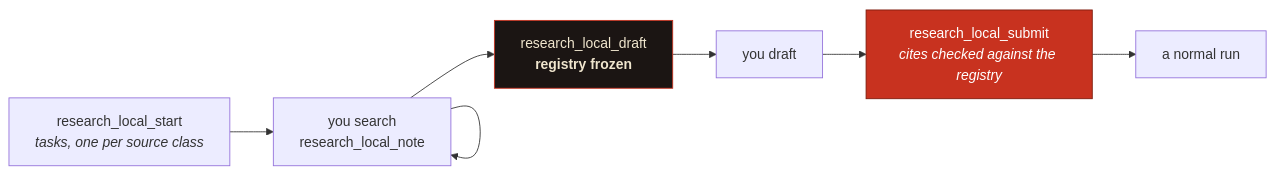
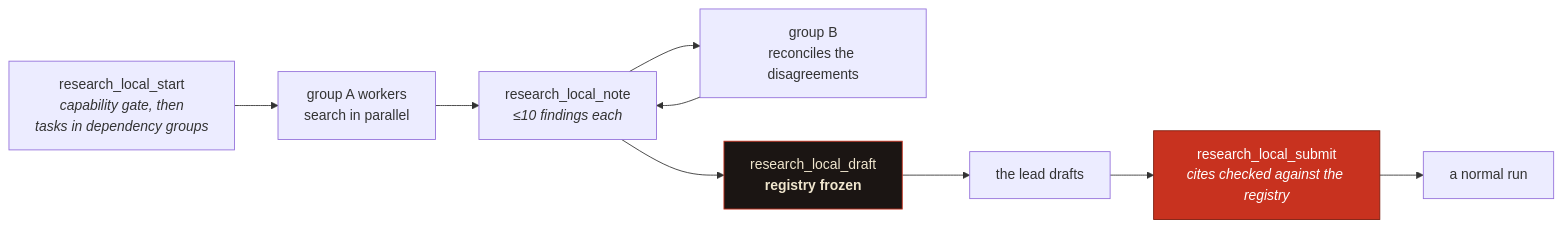
Before and after one commit to fledgeling-co/dossier-research-mcp: the second of 2 diagrams in docs/tools.md, drawn with Mermaid. The commit also changed other lines of this file and 27 other files, not shown here.

````diff
--- a/docs/tools.md
+++ b/docs/tools.md
@@ -279,12 +279,14 @@
 ```mermaid
 flowchart LR
-    S["research_local_start<br/><i>tasks, one per source class</i>"] --> N["you search<br/>research_local_note"]
-    N --> N
+    S["research_local_start<br/><i>capability gate, then<br/>tasks in dependency groups</i>"] --> A["group A workers<br/>search in parallel"]
+    A --> N["research_local_note<br/><i>≤10 findings each</i>"]
+    N --> B["group B<br/>reconciles the disagreements"]
+    B --> N
     N --> D["research_local_draft<br/><b>registry frozen</b>"]
-    D --> W["you draft"]
+    D --> W["the lead drafts"]
     W --> U["research_local_submit<br/><i>cites checked against the registry</i>"]
     U --> R["a normal run"]
 
     style D fill:#1B1513,stroke:#C8321F,color:#F0E6CE
     style U fill:#C8321F,stroke:#7C1A0B,color:#ffffff
 ```
````
